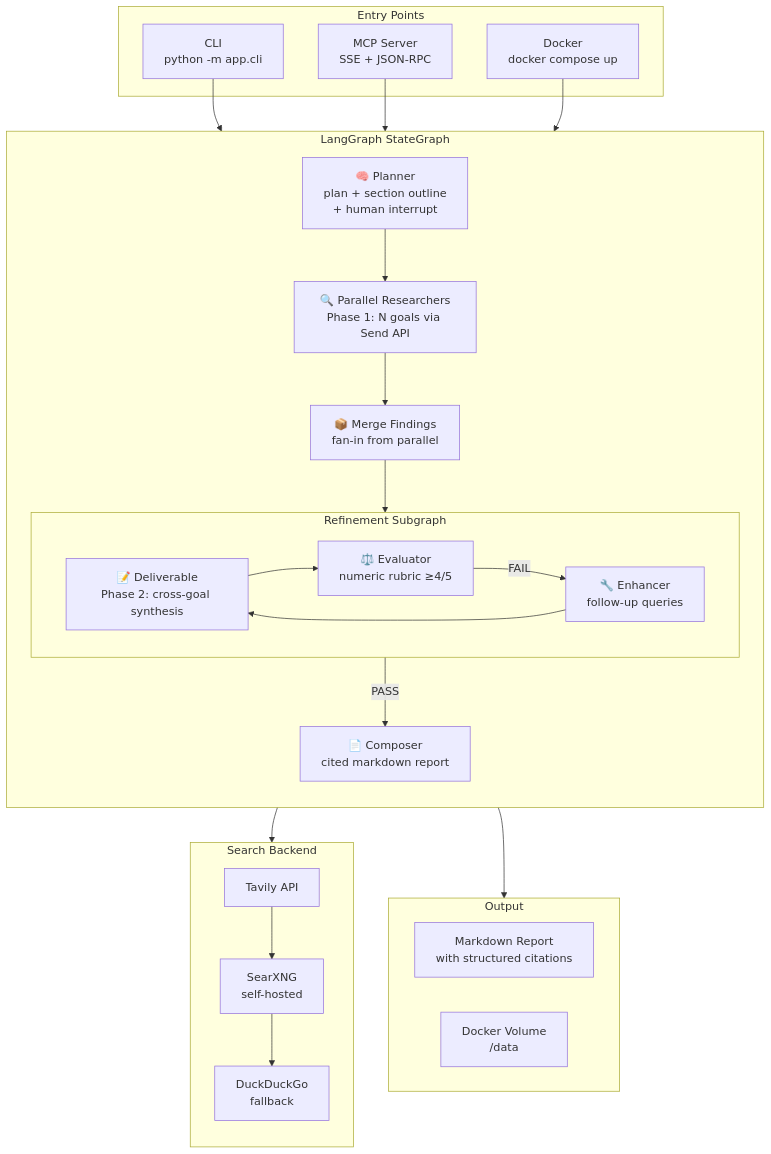
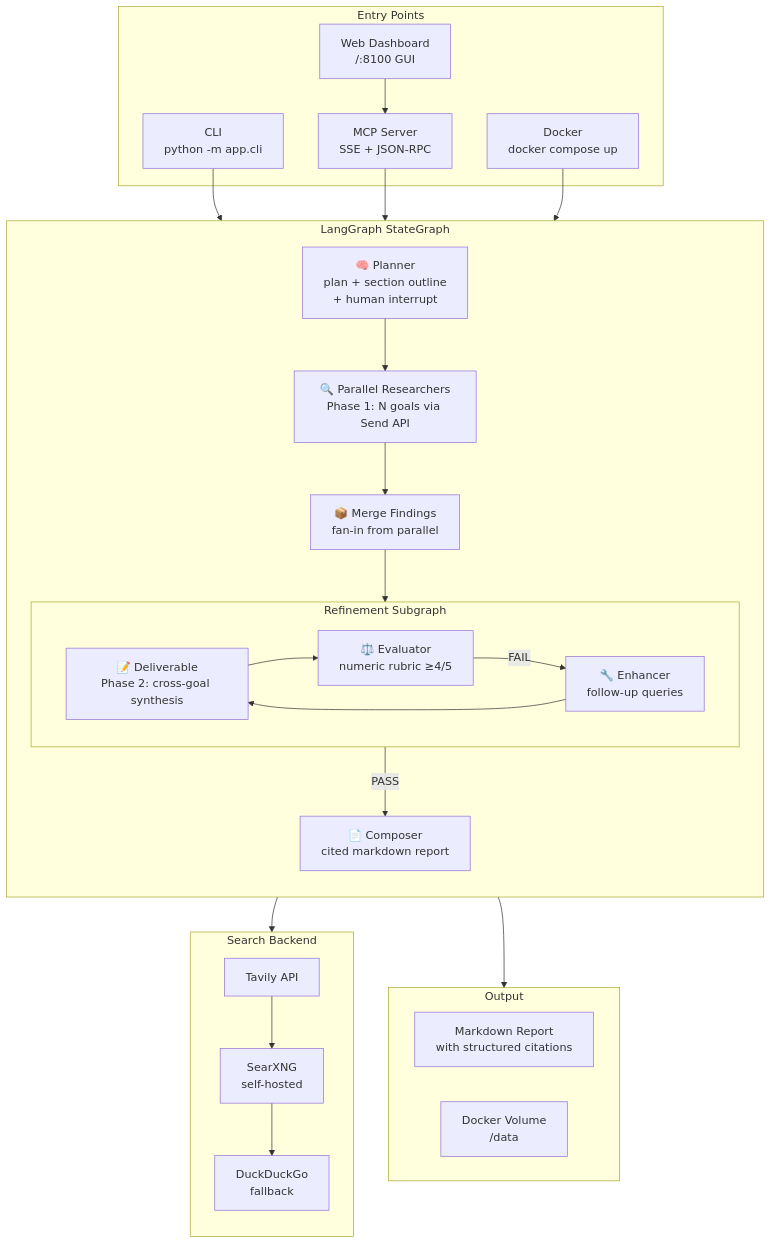
Before and after one commit to jorgevillamizarco/deep-research-langgraph: the first of 9 diagrams in ARCHITECTURE.md, drawn with Mermaid. The commit also changed other lines of this file and 2 other files, not shown here.

Commit message:
docs: sync AGENTS.md, ARCHITECTURE.md, ROADMAP.md — dashboard, stage labels, concurrent execution

````diff
--- a/ARCHITECTURE.md
+++ b/ARCHITECTURE.md
@@ -7,48 +7,50 @@
 ```mermaid
 flowchart TB
     subgraph Entry["Entry Points"]
         CLI["CLI<br/>python -m app.cli"]
         MCP["MCP Server<br/>SSE + JSON-RPC"]
+        Dashboard["Web Dashboard<br/>/:8100 GUI"]
         Docker["Docker<br/>docker compose up"]
     end
 
     subgraph Graph["LangGraph StateGraph"]
         direction TB
         P["🧠 Planner<br/>plan + section outline<br/>+ human interrupt"]
         PR["🔍 Parallel Researchers<br/>Phase 1: N goals via Send API"]
         M["📦 Merge Findings<br/>fan-in from parallel"]
         subgraph Refine["Refinement Subgraph"]
             direction LR
             D["📝 Deliverable<br/>Phase 2: cross-goal synthesis"]
             E["⚖️ Evaluator<br/>numeric rubric ≥4/5"]
             EN["🔧 Enhancer<br/>follow-up queries"]
             D --> E
             E -->|FAIL| EN
             EN --> D
         end
         C["📄 Composer<br/>cited markdown report"]
         P --> PR
         PR --> M
         M --> Refine
         Refine -->|PASS| C
     end
 
     subgraph Search["Search Backend"]
         direction TB
         T["Tavily API"]
         S["SearXNG<br/>self-hosted"]
         DDG["DuckDuckGo<br/>fallback"]
         T --> S --> DDG
     end
 
     subgraph Output["Output"]
         MD["Markdown Report<br/>with structured citations"]
         Vol["Docker Volume<br/>/data"]
     end
 
     CLI --> Graph
     MCP --> Graph
+    Dashboard --> MCP
     Docker --> Graph
     Graph --> Search
     Graph --> Output
 ```
````
